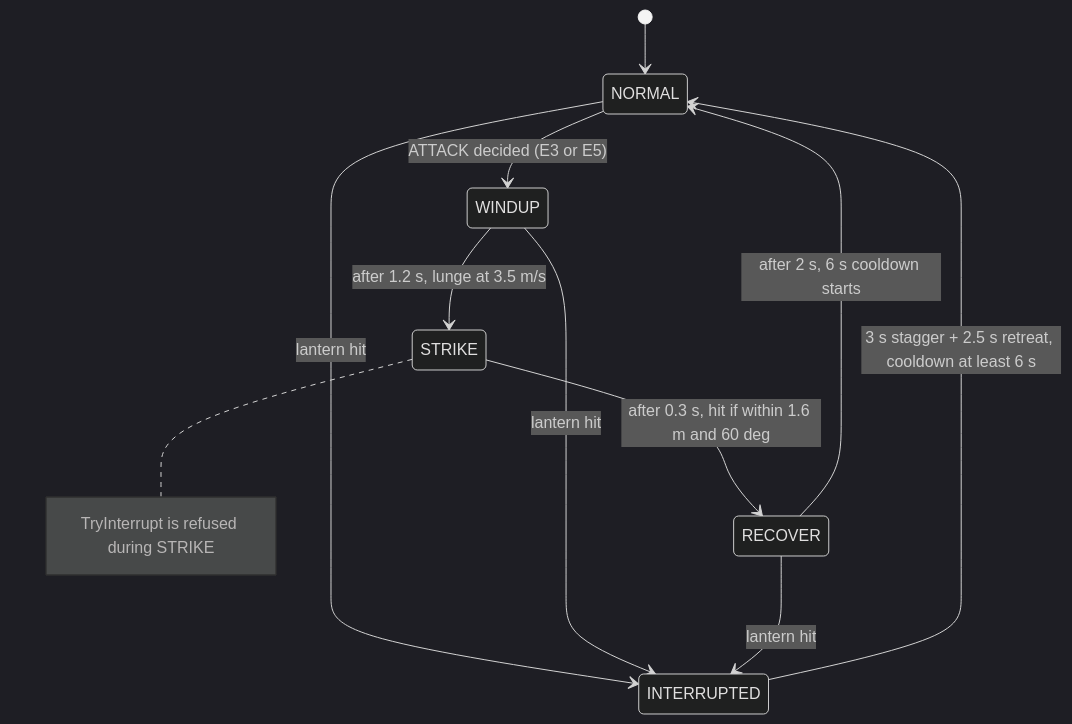
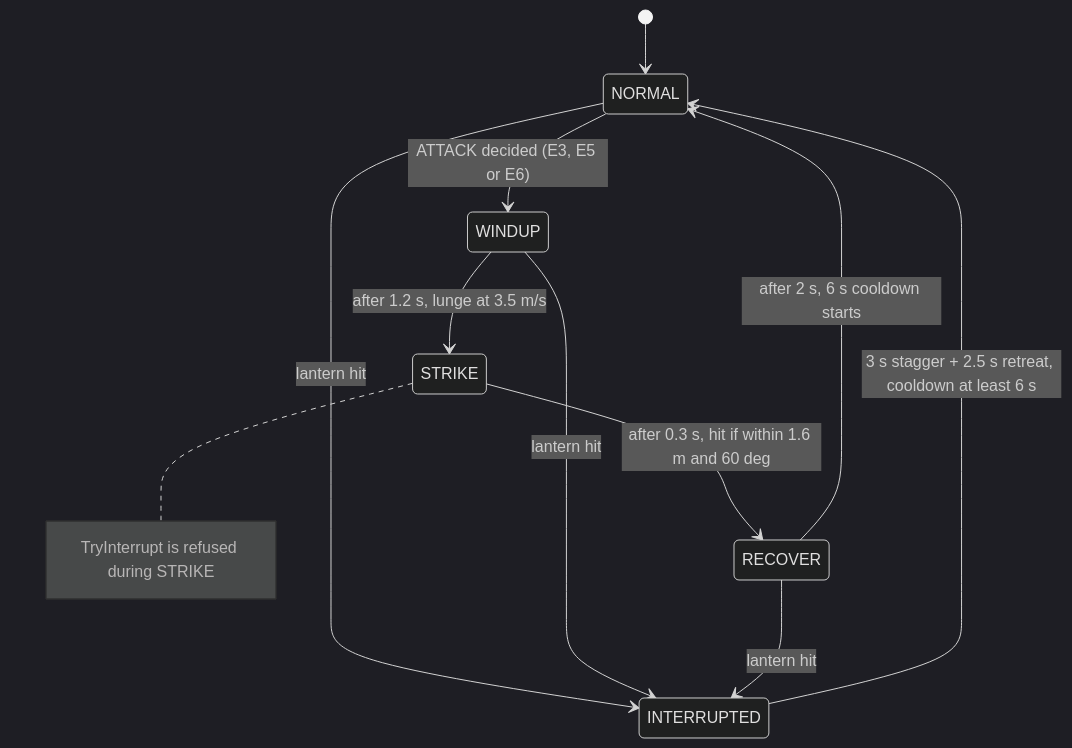
Before and after one commit to ArnavJain2005/PHYS-XR: the second of 2 diagrams in Docs/GHOST_DECISION_SYSTEM.md, drawn with Mermaid (dark theme). The commit also changed other lines of this file, not shown here.

````diff
--- a/Docs/GHOST_DECISION_SYSTEM.md
+++ b/Docs/GHOST_DECISION_SYSTEM.md
@@ -126,15 +137,15 @@
 ```mermaid
 stateDiagram-v2
     [*] --> NORMAL
-    NORMAL --> WINDUP: ATTACK decided (E3 or E5)
+    NORMAL --> WINDUP: ATTACK decided (E3, E5 or E6)
     WINDUP --> STRIKE: after 1.2 s, lunge at 3.5 m/s
     STRIKE --> RECOVER: after 0.3 s, hit if within 1.6 m and 60 deg
     RECOVER --> NORMAL: after 2 s, 6 s cooldown starts
     NORMAL --> INTERRUPTED: lantern hit
     WINDUP --> INTERRUPTED: lantern hit
     RECOVER --> INTERRUPTED: lantern hit
     INTERRUPTED --> NORMAL: 3 s stagger + 2.5 s retreat, cooldown at least 6 s
     note right of STRIKE
         TryInterrupt is refused during STRIKE
     end note
 ```
````
